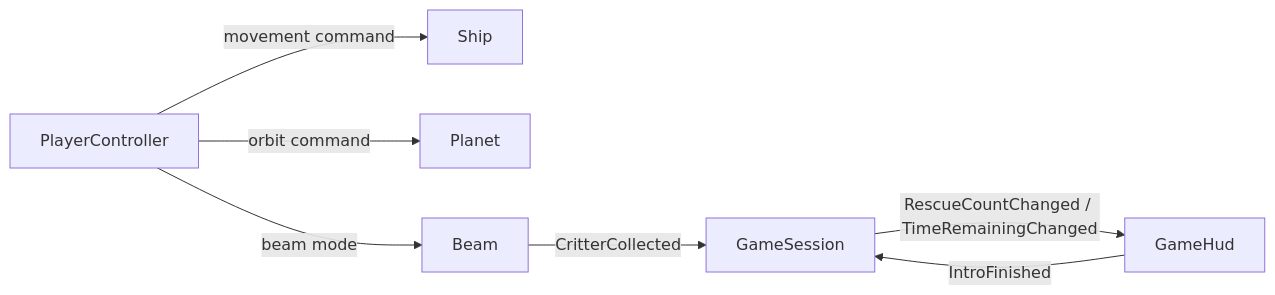
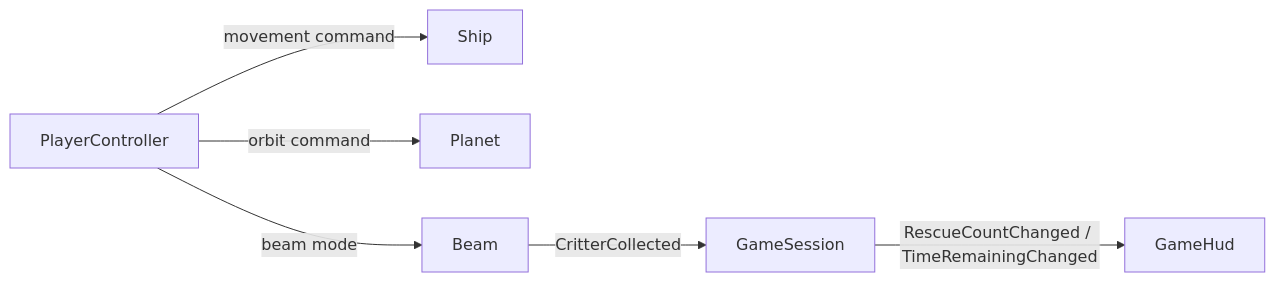
One commit to Game-Jam-Glumps/cosmic-jam-project changed the diagram in docs/architecture.md. Above: the diagram before and after it, drawn with Mermaid. The commit also changed other lines of this file and 2 other files, not shown here.

````diff
--- a/docs/architecture.md
+++ b/docs/architecture.md
@@ -43,9 +43,8 @@
 ```mermaid
 flowchart LR
     Input[PlayerController] -->|movement command| Ship
     Input -->|orbit command| Planet
     Input -->|beam mode| Beam
     Beam -->|CritterCollected| Session[GameSession]
     Session -->|RescueCountChanged / TimeRemainingChanged| HUD[GameHud]
-    HUD -->|IntroFinished| Session
 ```
````
